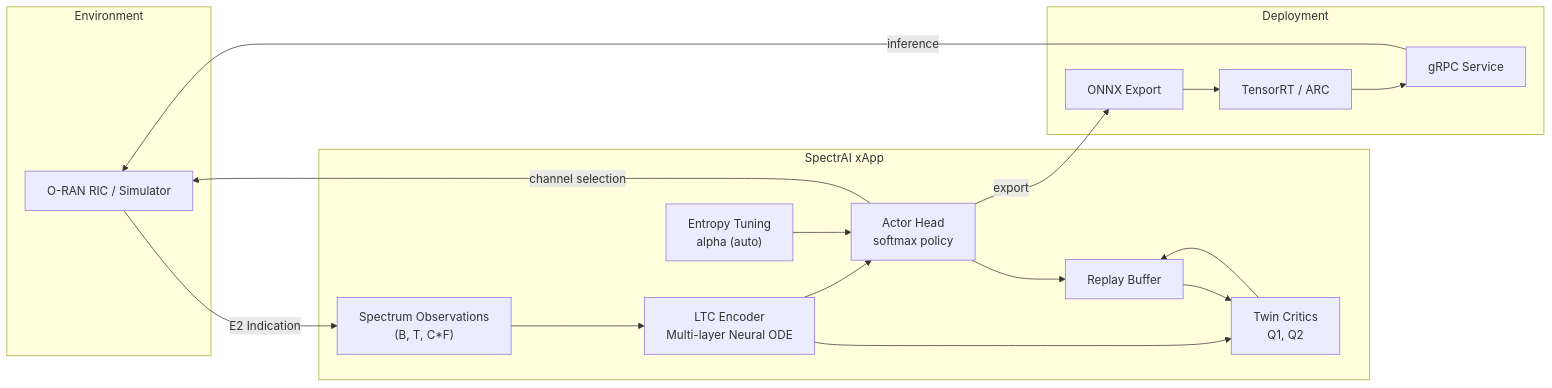
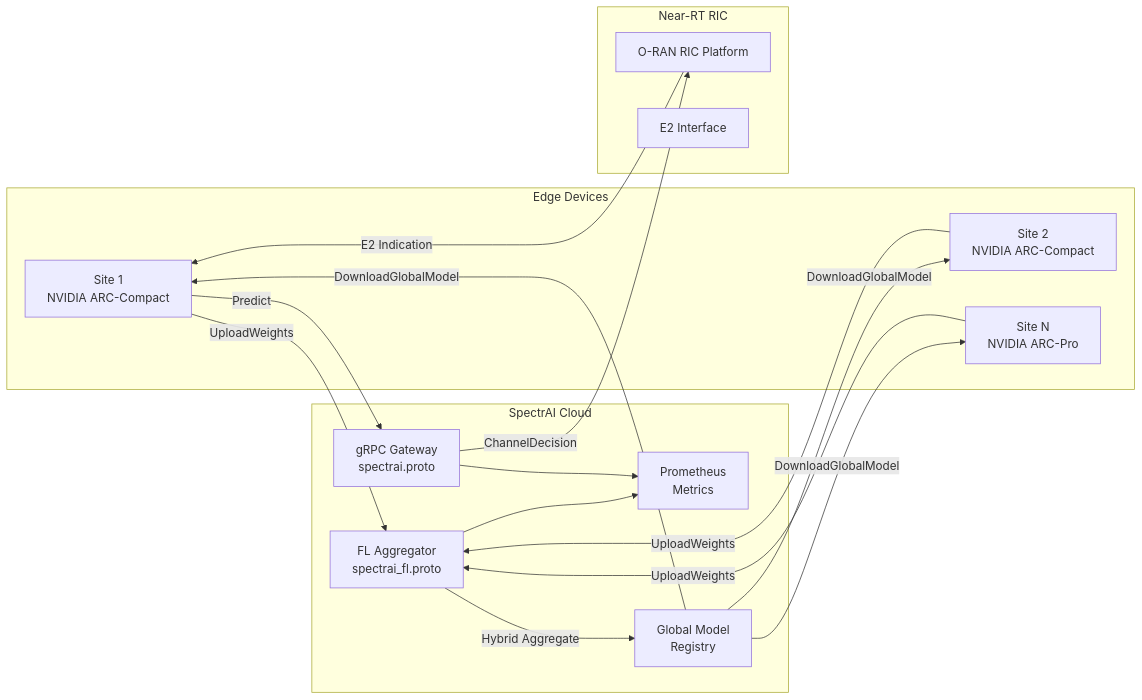
Before and after one commit to Danielfoojunwei/PreceptualAI-5G-Dynamic-Spectrum-Access-O-RAN-NVIDIA-ARC: the second of 2 diagrams in README.md, drawn with Mermaid. The commit also changed other lines of this file and 5 other files, not shown here.

````diff
--- a/README.md
+++ b/README.md
@@ -48,36 +203,33 @@
 ```mermaid
 graph LR
-    subgraph Environment
-        RIC[O-RAN RIC / Simulator]
+    subgraph Edge Devices
+        E1[Site 1<br/>NVIDIA ARC-Compact]
+        E2[Site 2<br/>NVIDIA ARC-Compact]
+        E3[Site N<br/>NVIDIA ARC-Pro]
     end
 
-    subgraph SpectrAI xApp
-        OBS["Spectrum Observations<br/>(B, T, C*F)"]
-        ENC["LTC Encoder<br/>Multi-layer Neural ODE"]
-        ACT["Actor Head<br/>softmax policy"]
-        CRI["Twin Critics<br/>Q1, Q2"]
-        BUF["Replay Buffer"]
-        ALP["Entropy Tuning<br/>alpha (auto)"]
+    subgraph SpectrAI Cloud
+        GRPC[gRPC Gateway<br/>spectrai.proto]
+        FL[FL Aggregator<br/>spectrai_fl.proto]
+        PROM[Prometheus<br/>Metrics]
+        GLOB[Global Model<br/>Registry]
     end
 
-    subgraph Deployment
-        ONNX["ONNX Export"]
-        TRT["TensorRT / ARC"]
-        GRPC["gRPC Service"]
+    subgraph Near-RT RIC
+        RIC[O-RAN RIC Platform]
+        E2I[E2 Interface]
     end
 
-    RIC -->|E2 Indication| OBS
-    OBS --> ENC
-    ENC --> ACT
-    ENC --> CRI
-    ACT -->|channel selection| RIC
-    ACT --> BUF
-    CRI --> BUF
-    BUF --> CRI
-    ALP --> ACT
-
-    ACT -->|export| ONNX
-    ONNX --> TRT
-    TRT --> GRPC
-    GRPC -->|inference| RIC
+    E1 -->|UploadWeights| FL
+    E2 -->|UploadWeights| FL
+    E3 -->|UploadWeights| FL
+    FL -->|Hybrid Aggregate| GLOB
+    GLOB -->|DownloadGlobalModel| E1
+    GLOB -->|DownloadGlobalModel| E2
+    GLOB -->|DownloadGlobalModel| E3
+    E1 -->|Predict| GRPC
+    GRPC -->|ChannelDecision| RIC
+    RIC -->|E2 Indication| E1
+    FL --> PROM
+    GRPC --> PROM
 ```
````
